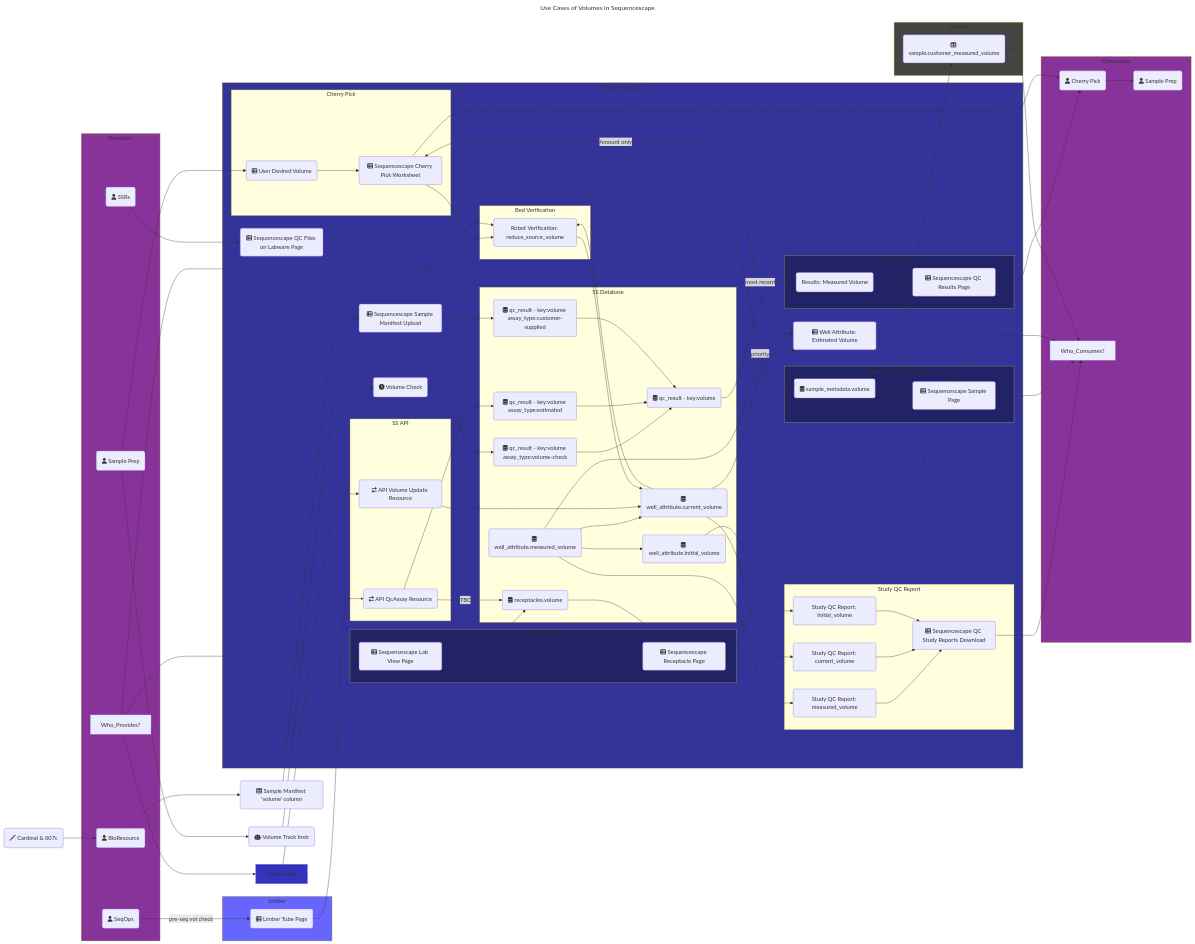
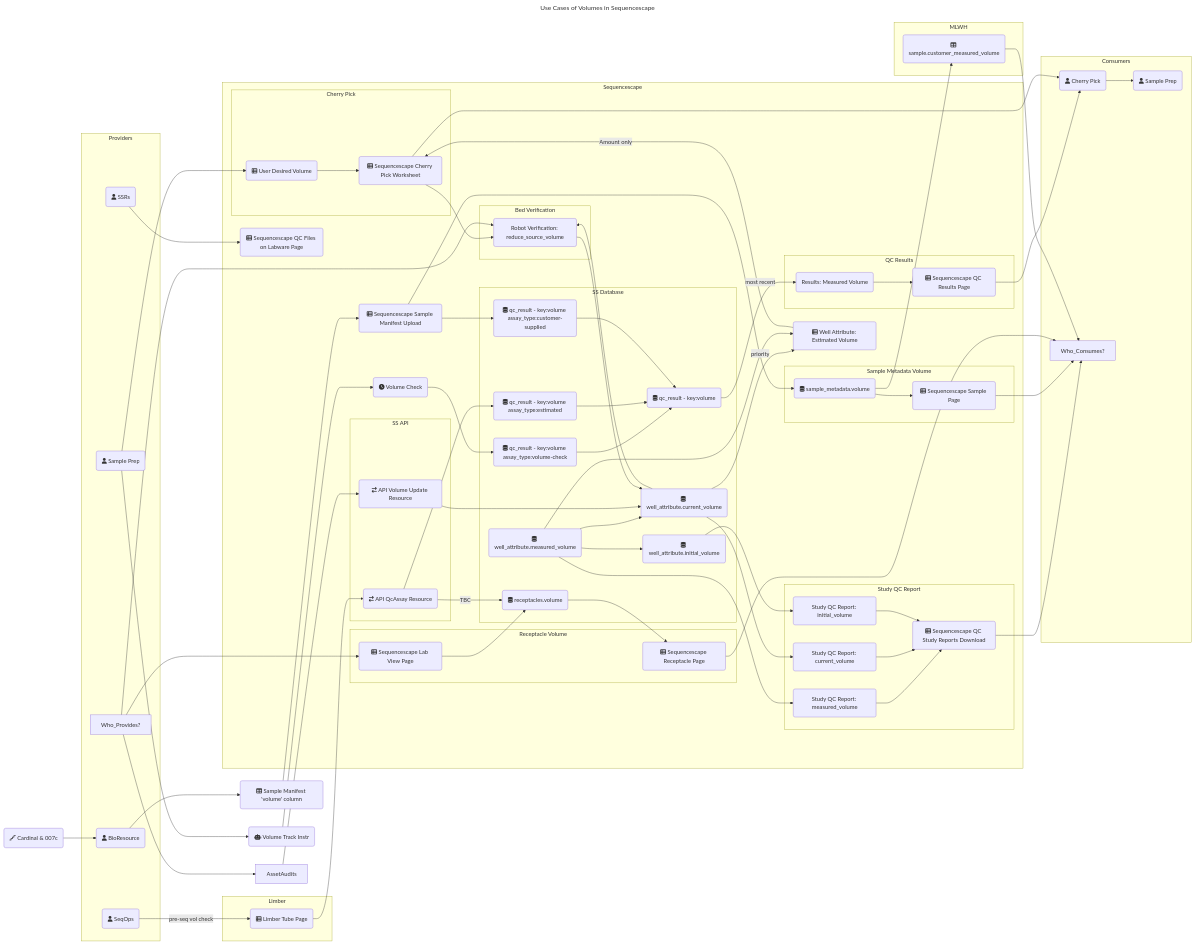
Before and after one commit to sanger/sequencescape: the diagram in volume-uses.mermaid, drawn with Mermaid.

Commit message:
Disable styling

```diff
--- a/volume-uses.mermaid
+++ b/volume-uses.mermaid
@@ -1,168 +1,168 @@
 ---
 title: Use Cases of Volumes in Sequencescape
 ---
 flowchart LR
     %% Nodes
         PL_Car07c(fa:fa-stairs Cardinal & 007c)
         %% Users
         User_BioRes(fa:fa-user BioResource)
         User_SeqOps(fa:fa-user SeqOps)
         Provider_SamplePrep(fa:fa-user Sample Prep)
         Consumer_SamplePrep(fa:fa-user Sample Prep)
         User_VolTrackInstr(fa:fa-robot Volume Track Instr)
         User_CherryPick(fa:fa-user Cherry Pick)
         User_SSR(fa:fa-user SSRs)
         %% Interface
         Pg_LB_Tube(fa:fa-table-list Limber Tube Page)
         Pg_SS_CherryPickWorksheet(fa:fa-table-list Sequencescape Cherry Pick Worksheet)
         Pg_SS_LabView(fa:fa-table-list Sequencescape Lab View Page)
         Pg_SS_QcFileLabware(fa:fa-table-list Sequencescape QC Files on Labware Page)
         Pg_SS_QcResults(fa:fa-table-list Sequencescape QC Results Page)
         Pg_SS_QcStudyReports(fa:fa-table-list Sequencescape QC Study Reports Download)
         Pg_SS_Receptacle(fa:fa-table-list Sequencescape Receptacle Page)
         Pg_SS_Sample(fa:fa-table-list Sequencescape Sample Page)
         Pg_SS_SampleManifestUpload(fa:fa-table-list Sequencescape Sample Manifest Upload)
         %% Components
         CP_SS_DesiredVolume(fa:fa-table-list User Desired Volume)
         CP_SS_CronVolumeCheck(fa:fa-clock Volume Check)
         CP_SS_RobotVerfication(Robot Verification: reduce_source_volume)
         CP_SS_WellAttrEstVol(fa:fa-table-list Well Attribute: Estimated Volume)
         CP_SS_QcResults_MeasVol(Results: Measured Volume)
         CP_SS_StudyReports_MeasVol(Study QC Report: measured_volume)
         CP_SS_StudyReports_CurrentVol(Study QC Report: current_volume)
         CP_SS_StudyReports_InitialVol(Study QC Report: initial_volume)
         %% API
         API_SS_QcAssayResource(fa:fa-arrow-right-arrow-left API QcAssay Resource)
         API_SS_VolumeUpdateResource(fa:fa-arrow-right-arrow-left API Volume Update Resource)
         %% Data
         Mn_SampleVolCol(fa:fa-table Sample Manifest 'volume' column)
         DB_SS_ReceptaclesVol(fa:fa-database receptacles.volume)
         DB_SS_SampleMetDatVol(fa:fa-database sample_metadata.volume)
         DB_SS_QcResultVol(fa:fa-database qc_result - key:volume)
         DB_SS_QcResultVolEst(fa:fa-database qc_result - key:volume assay_type:estimated)
         DB_SS_QcResultVolChk(fa:fa-database qc_result - key:volume assay_type:volume-check)
         DB_SS_QcResultVolCusSup(fa:fa-database qc_result - key:volume assay_type:customer-supplied)
         DB_SS_WellAttrIniVol(fa:fa-database well_attribute.initial_volume)
         DB_SS_WellAttrCurrVol(fa:fa-database well_attribute.current_volume)
         DB_SS_WellAttrMeasVol(fa:fa-database well_attribute.measured_volume)
         DB_MLWH_SampleCustMeasVol(fa:fa-table sample.customer_measured_volume)
 
     %% Groupings of nodes
         subgraph Providers
             User_BioRes
             Provider_SamplePrep
             User_SeqOps
             User_SSR
             %% User_VolTrackInstr
             Who_Provides?
         end
         subgraph Limber
             Pg_LB_Tube
         end
         subgraph Sequencescape
             CP_SS_CronVolumeCheck
             CP_SS_WellAttrEstVol
             Pg_SS_QcFileLabware
             Pg_SS_SampleManifestUpload
 
             subgraph Graph_SS_SMV["Sample Metadata Volume"]
                 DB_SS_SampleMetDatVol
                 Pg_SS_Sample
             end
             subgraph Graph_SS_RV["Receptacle Volume"]
                 Pg_SS_LabView
                 Pg_SS_Receptacle
             end
             subgraph Graph_SS_QC["QC Results"]
                 CP_SS_QcResults_MeasVol
                 Pg_SS_QcResults
             end
             subgraph Graph_SS_SR["Study QC Report"]
                 CP_SS_StudyReports_MeasVol
                 CP_SS_StudyReports_CurrentVol
                 CP_SS_StudyReports_InitialVol
                 Pg_SS_QcStudyReports
             end
             subgraph Graph_SS_CP["Cherry Pick"]
                 CP_SS_DesiredVolume
                 Pg_SS_CherryPickWorksheet
             end
             subgraph Graph_SS_BedVeri["Bed Verification"]
                 CP_SS_RobotVerfication
             end
             subgraph Graph_SS_DB["SS Database"]
                 DB_SS_QcResultVol
                 DB_SS_QcResultVolChk --> DB_SS_QcResultVol
                 DB_SS_QcResultVolEst --> DB_SS_QcResultVol
                 DB_SS_QcResultVolCusSup --> DB_SS_QcResultVol
                 DB_SS_WellAttrMeasVol
                 DB_SS_WellAttrMeasVol --> DB_SS_WellAttrIniVol
                 DB_SS_WellAttrMeasVol --> DB_SS_WellAttrCurrVol
                 DB_SS_ReceptaclesVol
             end
             subgraph Graph_SS_API["SS API"]
                 API_SS_QcAssayResource
                 API_SS_VolumeUpdateResource
             end
         end
         subgraph MLWH
             DB_MLWH_SampleCustMeasVol
         end
         subgraph Consumers
             User_CherryPick
             Consumer_SamplePrep
             Who_Consumes?
         end
 
 
     %% Edge connections between nodes
         PL_Car07c --> User_BioRes --> Mn_SampleVolCol --> Pg_SS_SampleManifestUpload --> DB_SS_SampleMetDatVol & DB_SS_QcResultVolCusSup
 
         Provider_SamplePrep --> User_VolTrackInstr --> CP_SS_CronVolumeCheck --> DB_SS_QcResultVolChk
         User_SeqOps -- pre-seq vol check --> Pg_LB_Tube
 
         Pg_LB_Tube --> API_SS_QcAssayResource
         API_SS_QcAssayResource --> DB_SS_QcResultVolEst
         API_SS_QcAssayResource -- TBC --> DB_SS_ReceptaclesVol
 
         Who_Provides? --> AssetAudits --> API_SS_VolumeUpdateResource --> DB_SS_WellAttrCurrVol
 
         DB_SS_QcResultVol -- most recent --> CP_SS_QcResults_MeasVol --> Pg_SS_QcResults  --> User_CherryPick
         DB_SS_WellAttrCurrVol -- priority --> CP_SS_WellAttrEstVol
         DB_SS_WellAttrMeasVol --> CP_SS_WellAttrEstVol
 
         DB_SS_WellAttrMeasVol --> CP_SS_StudyReports_MeasVol --> Pg_SS_QcStudyReports
         DB_SS_WellAttrCurrVol --> CP_SS_StudyReports_CurrentVol --> Pg_SS_QcStudyReports
         DB_SS_WellAttrIniVol --> CP_SS_StudyReports_InitialVol --> Pg_SS_QcStudyReports
         Pg_SS_QcStudyReports --> Who_Consumes?
 
         %% Cherry Pick
         Provider_SamplePrep--> CP_SS_DesiredVolume --> Pg_SS_CherryPickWorksheet --> User_CherryPick --> Consumer_SamplePrep
         CP_SS_WellAttrEstVol -- Amount only --> Pg_SS_CherryPickWorksheet
 
         Pg_SS_CherryPickWorksheet --> CP_SS_RobotVerfication
         %% Bed Verification
         DB_SS_WellAttrCurrVol --> CP_SS_RobotVerfication --> DB_SS_WellAttrCurrVol
         Who_Provides? --> CP_SS_RobotVerfication
 
         DB_SS_SampleMetDatVol --> Pg_SS_Sample --> Who_Consumes?
         Who_Provides? --> Pg_SS_LabView --> DB_SS_ReceptaclesVol --> Pg_SS_Receptacle --> Who_Consumes?
 
         DB_SS_SampleMetDatVol --> DB_MLWH_SampleCustMeasVol --> Who_Consumes?
 
         User_SSR --> Pg_SS_QcFileLabware
 
     %% Subgraph styling
         classDef Users fill:#839;
         classDef Limber fill:#66f;
         classDef AssetAudits fill:#33b;
         classDef Sequencescape fill:#339;
         classDef SequencescapeSub fill:#226;
         classDef MLWH fill:#444;
 
-        class Providers,Consumers Users;
-        class Limber Limber;
-        class AssetAudits AssetAudits;
-        class Sequencescape Sequencescape;
-        class Graph_SS_SMV,Graph_SS_RV,Graph_SS_QC SequencescapeSub;
-        class MLWH MLWH;
+        %% class Providers,Consumers Users;
+        %% class Limber Limber;
+        %% class AssetAudits AssetAudits;
+        %% class Sequencescape Sequencescape;
+        %% class Graph_SS_SMV,Graph_SS_RV,Graph_SS_QC SequencescapeSub;
+        %% class MLWH MLWH;
```
